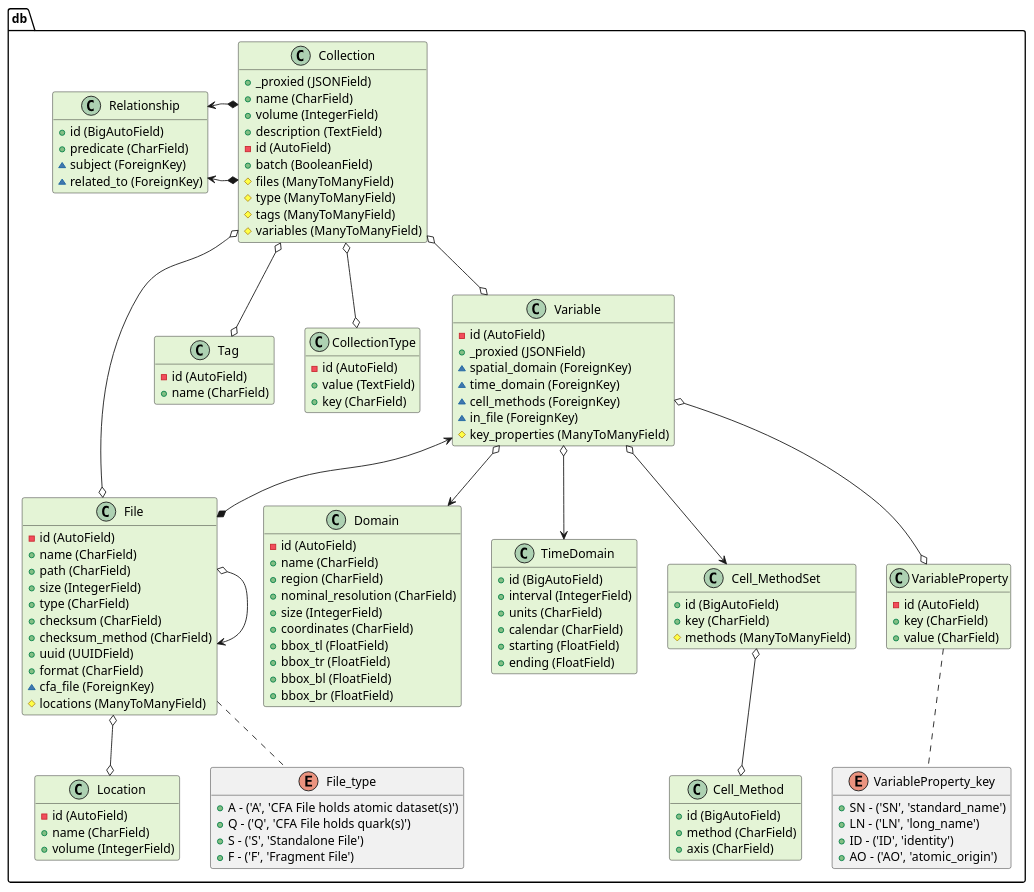
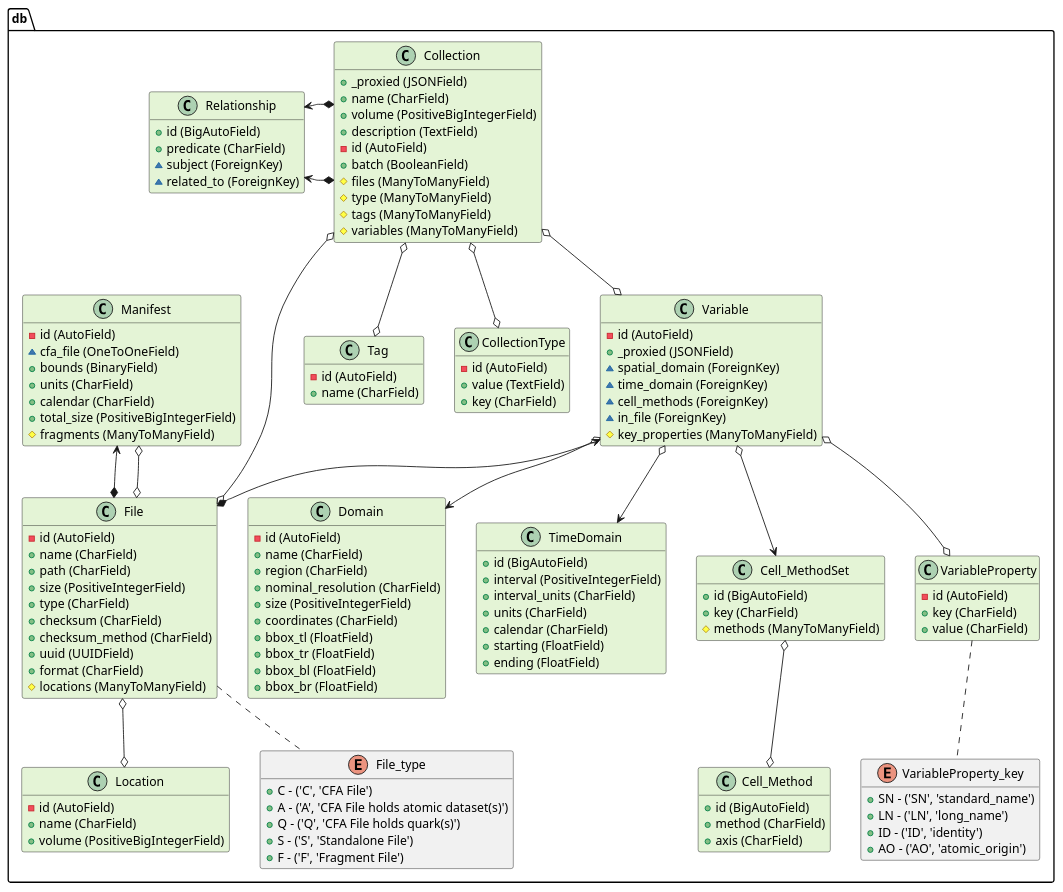
Before and after one commit to bnlawrence/cfs: the diagram in core/docs/db_uml.pu, drawn with PlantUML. The commit also changed 6 other files, not shown here.

```diff
--- a/core/docs/db_uml.pu
+++ b/core/docs/db_uml.pu
@@ -1,146 +1,159 @@
 @startuml 
 hide attributes
 class db.Domain #e4f4d6 {
     - id (AutoField)
     + name (CharField)
     + region (CharField)
     + nominal_resolution (CharField)
-    + size (IntegerField)
+    + size (PositiveIntegerField)
     + coordinates (CharField)
     + bbox_tl (FloatField)
     + bbox_tr (FloatField)
     + bbox_bl (FloatField)
     + bbox_br (FloatField)
 }
 
 
 class db.TimeDomain #e4f4d6 {
     + id (BigAutoField)
-    + interval (IntegerField)
+    + interval (PositiveIntegerField)
+    + interval_units (CharField)
     + units (CharField)
     + calendar (CharField)
     + starting (FloatField)
     + ending (FloatField)
 }
 
 
 class db.Location #e4f4d6 {
     - id (AutoField)
     + name (CharField)
-    + volume (IntegerField)
+    + volume (PositiveBigIntegerField)
 }
 
 
 class db.File #e4f4d6 {
     - id (AutoField)
     + name (CharField)
     + path (CharField)
-    + size (IntegerField)
+    + size (PositiveIntegerField)
     + type (CharField)
     + checksum (CharField)
     + checksum_method (CharField)
     + uuid (UUIDField)
     + format (CharField)
-    ~ cfa_file (ForeignKey)
     # locations (ManyToManyField)
 }
-db.File o--> db.File
 db.File o--o db.Location
 db.File .- db.File_type
+
+
+class db.Manifest #e4f4d6 {
+    - id (AutoField)
+    ~ cfa_file (OneToOneField)
+    + bounds (BinaryField)
+    + units (CharField)
+    + calendar (CharField)
+    + total_size (PositiveBigIntegerField)
+    # fragments (ManyToManyField)
+}
+db.Manifest <--* db.File
+db.Manifest o--o db.File
 
 
 class db.Tag #e4f4d6 {
     - id (AutoField)
     + name (CharField)
 }
 
 
 class db.CollectionType #e4f4d6 {
     - id (AutoField)
     + value (TextField)
     + key (CharField)
 }
 
 
 class db.Collection #e4f4d6 {
     + _proxied (JSONField)
     + name (CharField)
-    + volume (IntegerField)
+    + volume (PositiveBigIntegerField)
     + description (TextField)
     - id (AutoField)
     + batch (BooleanField)
     # files (ManyToManyField)
     # type (ManyToManyField)
     # tags (ManyToManyField)
     # variables (ManyToManyField)
 }
 db.Collection o--o db.File
 db.Collection o--o db.CollectionType
 db.Collection o--o db.Tag
 db.Collection o--o db.Variable
 
 
 class db.Relationship #e4f4d6 {
     + id (BigAutoField)
     + predicate (CharField)
     ~ subject (ForeignKey)
     ~ related_to (ForeignKey)
 }
 db.Relationship <-* db.Collection
 db.Relationship <-* db.Collection
 
 
 class db.Cell_Method #e4f4d6 {
     + id (BigAutoField)
     + method (CharField)
     + axis (CharField)
 }
 
 
 class db.Cell_MethodSet #e4f4d6 {
     + id (BigAutoField)
     + key (CharField)
     # methods (ManyToManyField)
 }
 db.Cell_MethodSet o--o db.Cell_Method
 
 
 class db.VariableProperty #e4f4d6 {
     - id (AutoField)
     + key (CharField)
     + value (CharField)
 }
 db.VariableProperty .- db.VariableProperty_key
 
 
 class db.Variable #e4f4d6 {
     - id (AutoField)
     + _proxied (JSONField)
     ~ spatial_domain (ForeignKey)
     ~ time_domain (ForeignKey)
     ~ cell_methods (ForeignKey)
     ~ in_file (ForeignKey)
     # key_properties (ManyToManyField)
 }
 db.Variable o--> db.Domain
 db.Variable o--> db.TimeDomain
 db.Variable o--> db.Cell_MethodSet
 db.Variable <--* db.File
 db.Variable o--o db.VariableProperty
 
 
 enum db.File_type{
+    + C - ('C', 'CFA File')
     + A - ('A', 'CFA File holds atomic dataset(s)')
     + Q - ('Q', 'CFA File holds quark(s)')
     + S - ('S', 'Standalone File')
     + F - ('F', 'Fragment File')
 }
 
 enum db.VariableProperty_key{
     + SN - ('SN', 'standard_name')
     + LN - ('LN', 'long_name')
     + ID - ('ID', 'identity')
     + AO - ('AO', 'atomic_origin')
 }
 
 @enduml
```
